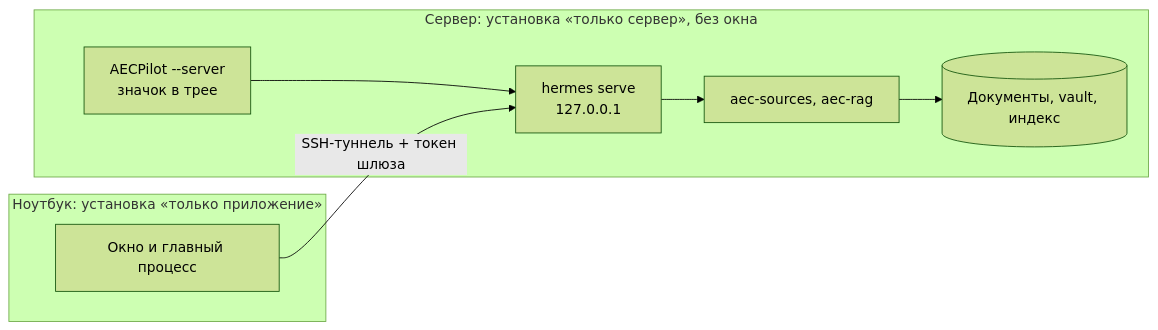
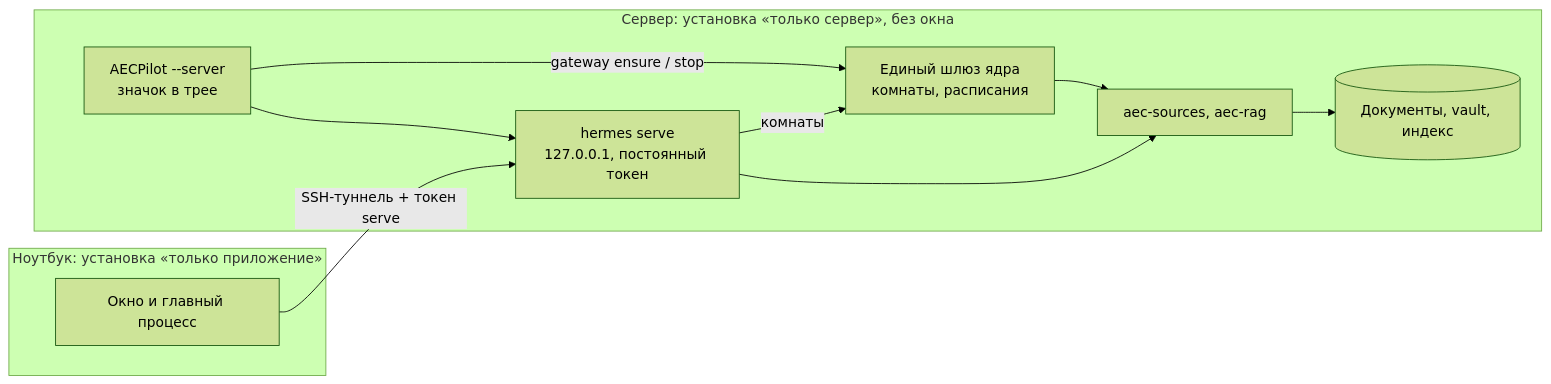
One commit to EvgenVer/AECPilot changed the second of 2 diagrams in docs/ARCHITECTURE.md. Above: the diagram before and after it, drawn with Mermaid (forest theme). The commit also changed other lines of this file and 10 other files, not shown here.

First line of the commit message:
docs: describe the single core gateway, the server pair and tickets (T53.5)

````diff
--- a/docs/ARCHITECTURE.md
+++ b/docs/ARCHITECTURE.md
@@ -56,14 +64,19 @@
 ```mermaid
 flowchart LR
   subgraph laptop [Ноутбук: установка «только приложение»]
     app[Окно и главный процесс]
   end
   subgraph server [Сервер: установка «только сервер», без окна]
     tray[AECPilot --server<br/>значок в трее]
-    core2[hermes serve<br/>127.0.0.1]
+    serve2[hermes serve<br/>127.0.0.1, постоянный токен]
+    core2[Единый шлюз ядра<br/>комнаты, расписания]
     mcp2[aec-sources, aec-rag]
     docs[(Документы, vault, индекс)]
-    tray --> core2 --> mcp2 --> docs
+    tray -->|gateway ensure / stop| core2
+    tray --> serve2
+    serve2 -->|комнаты| core2
+    serve2 --> mcp2
+    core2 --> mcp2 --> docs
   end
-  app -->|SSH-туннель + токен шлюза| core2
+  app -->|SSH-туннель + токен serve| serve2
 ```
````
